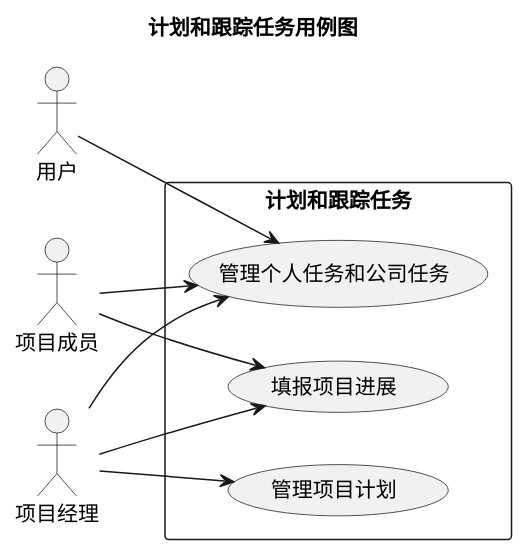
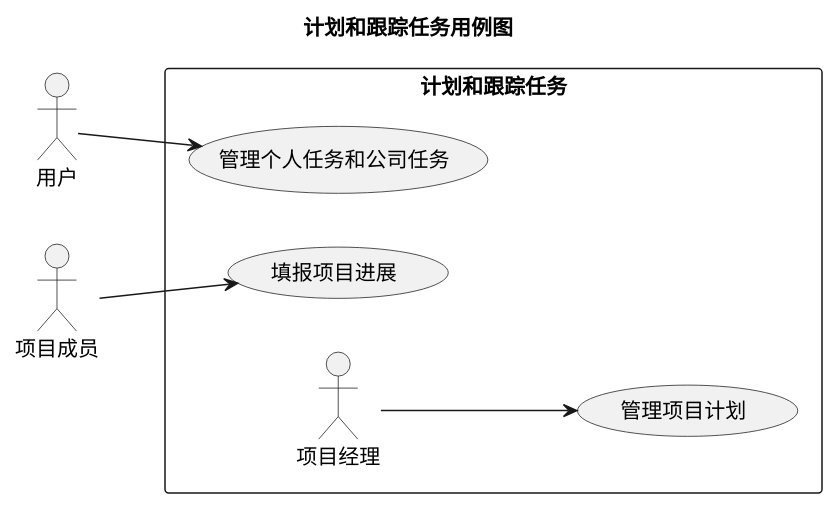
The fourth of 6 diagrams in 产品资料/0_需求/ConDili_软件需求规格说明书.md (LampingSu/ocagents), drawn with PlantUML before and after one commit. The commit also changed other lines of this file and 1 other file, not shown here.

````diff
--- a/产品资料/0_需求/ConDili_软件需求规格说明书.md
+++ b/产品资料/0_需求/ConDili_软件需求规格说明书.md
@@ -221,18 +232,14 @@
 ```plantuml
 @startuml
 title 计划和跟踪任务用例图
 left to right direction
 actor 用户
 actor 项目成员
-actor 项目经理
 
 rectangle "计划和跟踪任务" {
   用户 --> (管理个人任务和公司任务)
-  项目成员 --> (管理个人任务和公司任务)
   项目成员 --> (填报项目进展)
-  项目经理 --> (管理个人任务和公司任务)
-  项目经理 --> (填报项目进展)
   项目经理 --> (管理项目计划)
 }
 @enduml
 ```
````
